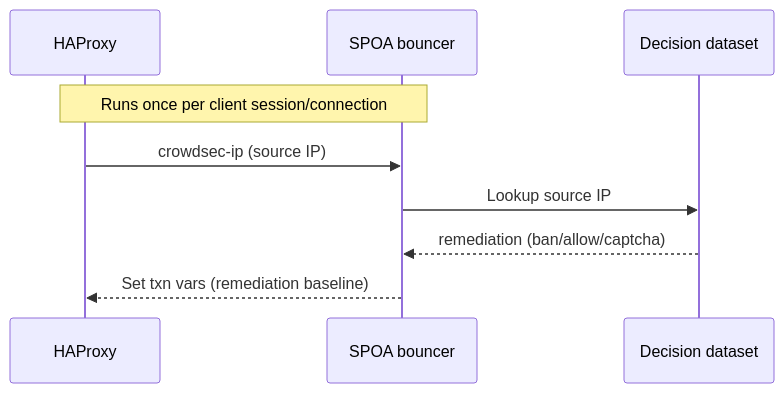
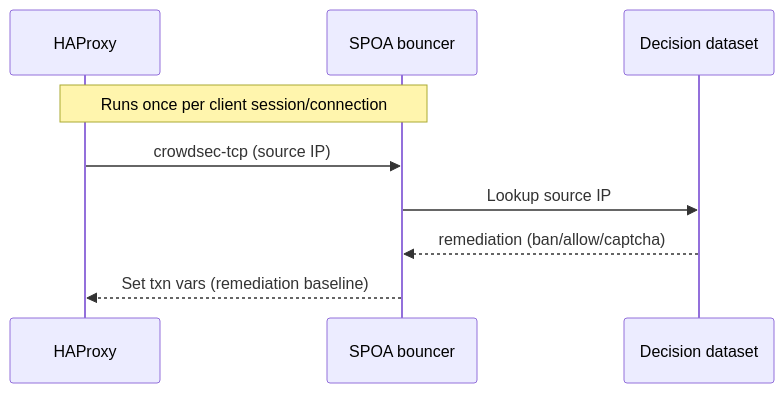
One commit to crowdsecurity/cs-haproxy-spoa-bouncer changed the third of 7 diagrams in README.md. Above: the diagram before and after it, drawn with Mermaid. The commit also changed other lines of this file, not shown here.

````diff
--- a/README.md
+++ b/README.md
@@ -79,12 +79,12 @@
 ```mermaid
 sequenceDiagram
     participant HAProxy
     participant SPOA as SPOA bouncer
     participant Dataset as Decision dataset
 
     Note over HAProxy,SPOA: Runs once per client session/connection
-    HAProxy->>SPOA: crowdsec-ip (source IP)
+    HAProxy->>SPOA: crowdsec-tcp (source IP)
     SPOA->>Dataset: Lookup source IP
     Dataset-->>SPOA: remediation (ban/allow/captcha)
     SPOA-->>HAProxy: Set txn vars (remediation baseline)
 ```
````
